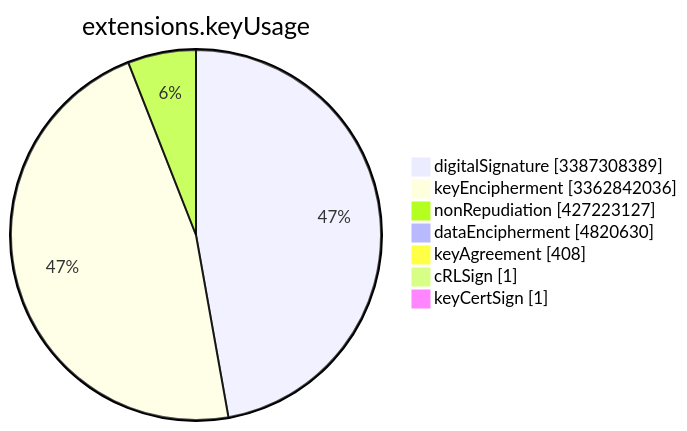
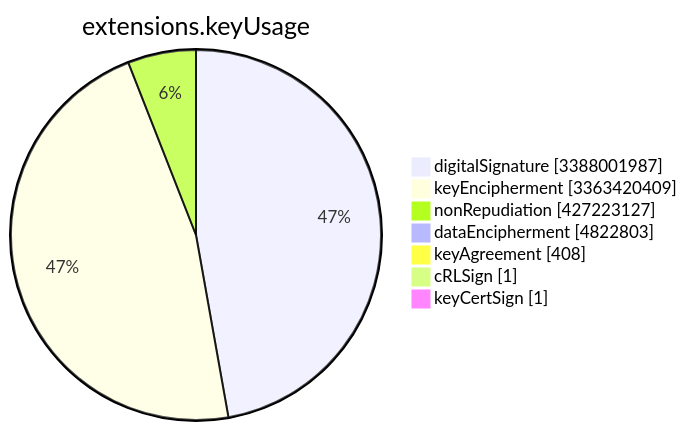
Before and after one commit to christiankrug/ctmonitor_visualization: the sixth of 15 diagrams in TOTAL/README.md, drawn with Mermaid. The commit also changed other lines of this file, not shown here.

````diff
--- a/TOTAL/README.md
+++ b/TOTAL/README.md
@@ -3080,11 +3080,11 @@
 ```mermaid
 pie showData
 title extensions.keyUsage
-"digitalSignature" :3387308389
-"keyEncipherment" :3362842036
+"digitalSignature" :3388001987
+"keyEncipherment" :3363420409
 "nonRepudiation" :427223127
-"dataEncipherment" :4820630
+"dataEncipherment" :4822803
 "keyAgreement" :408
 "cRLSign" :1
 "keyCertSign" :1
 ```
````
